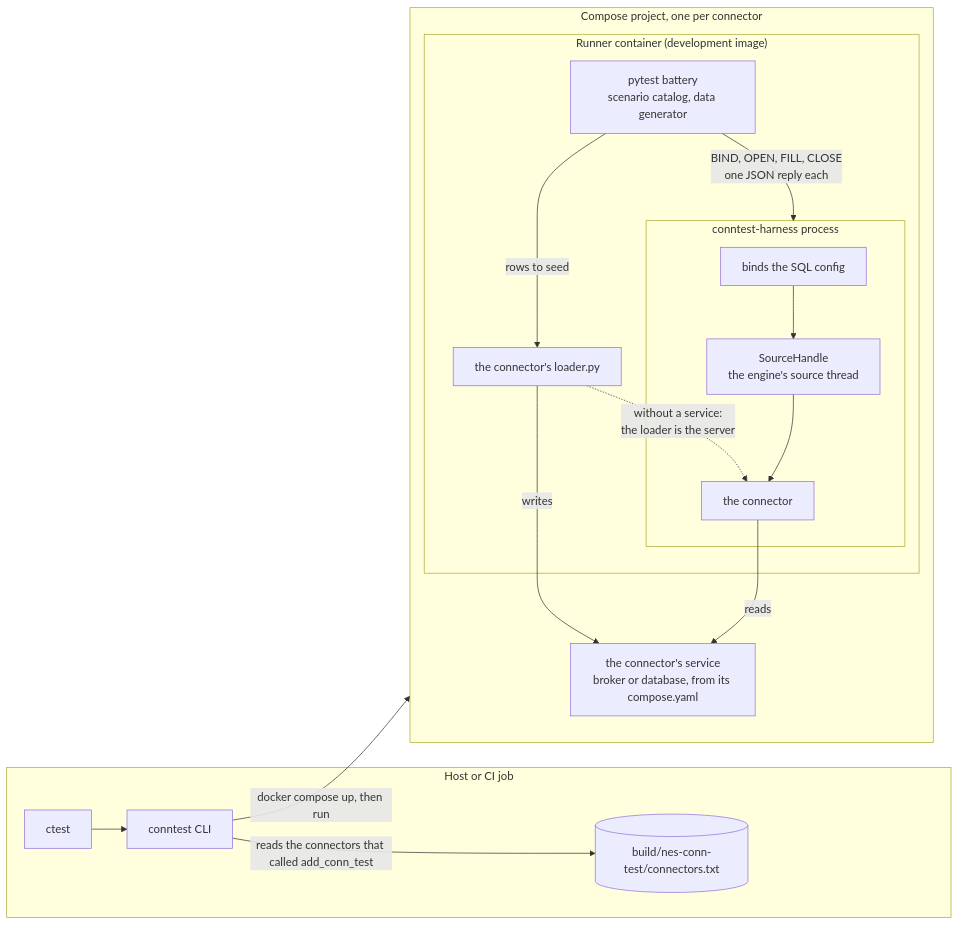
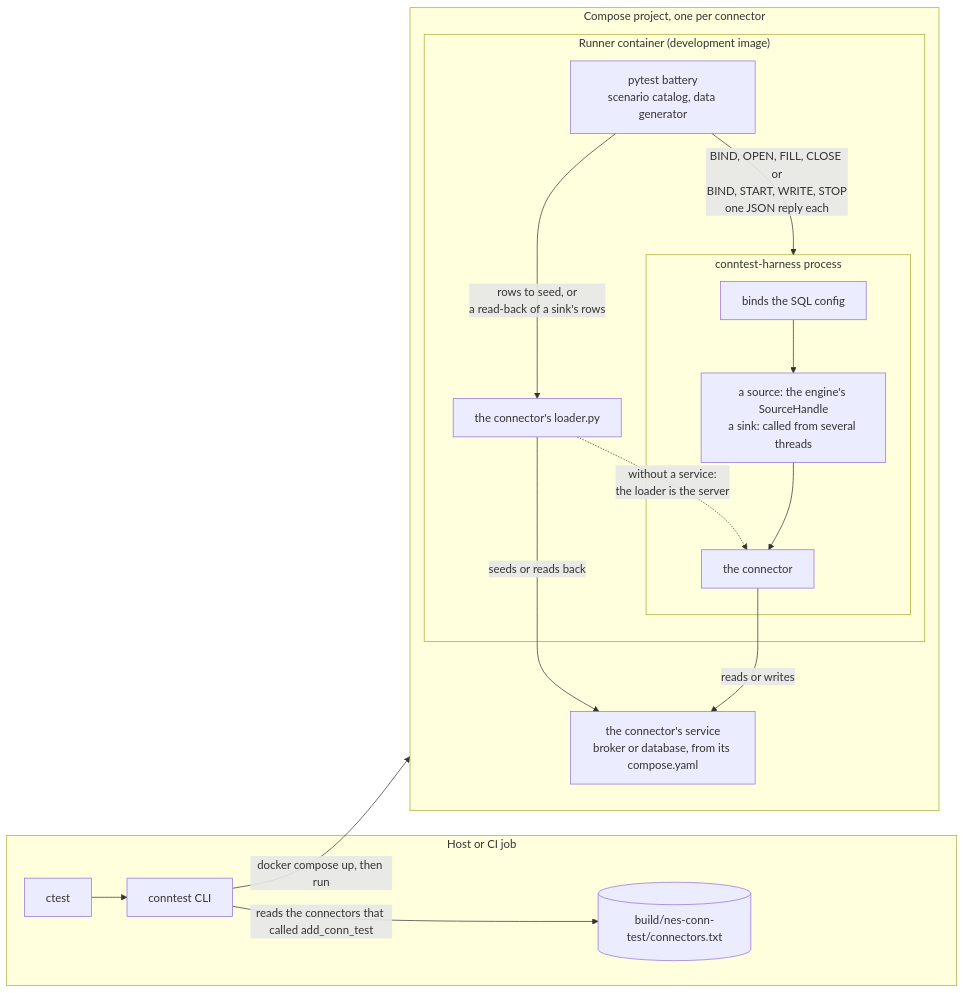
One commit to nebulastream/nebulastream changed the diagram in nes-conn-test/Architecture.md. Above: the diagram before and after it, drawn with Mermaid. The commit also changed other lines of this file and 33 other files, not shown here.

````diff
--- a/nes-conn-test/Architecture.md
+++ b/nes-conn-test/Architecture.md
@@ -3,29 +3,29 @@
 ```mermaid
 flowchart LR
     subgraph host["Host or CI job"]
         ctest["ctest"] --> cli["conntest CLI"]
         registry[("build/nes-conn-test/connectors.txt")]
     end
 
     subgraph project["Compose project, one per connector"]
         subgraph runner["Runner container (development image)"]
             pytest["pytest battery<br/>scenario catalog, data generator"]
             loader["the connector's loader.py"]
             subgraph harness["conntest-harness process"]
                 binder["binds the SQL config"]
-                handle["SourceHandle<br/>the engine's source thread"]
+                handle["a source: the engine's SourceHandle<br/>a sink: called from several threads"]
                 connector["the connector"]
             end
         end
         service["the connector's service<br/>broker or database, from its compose.yaml"]
     end
 
     cli -- "reads the connectors that called add_conn_test" --> registry
     cli -- "docker compose up, then run" --> project
-    pytest -- "BIND, OPEN, FILL, CLOSE<br/>one JSON reply each" --> harness
-    pytest -- "rows to seed" --> loader
-    loader -- "writes" --> service
-    connector -- "reads" --> service
+    pytest -- "BIND, OPEN, FILL, CLOSE or<br/>BIND, START, WRITE, STOP<br/>one JSON reply each" --> harness
+    pytest -- "rows to seed, or<br/>a read-back of a sink's rows" --> loader
+    loader -- "seeds or reads back" --> service
+    connector -- "reads or writes" --> service
     loader -. "without a service:<br/>the loader is the server" .-> connector
     binder --> handle --> connector
 ```
````
